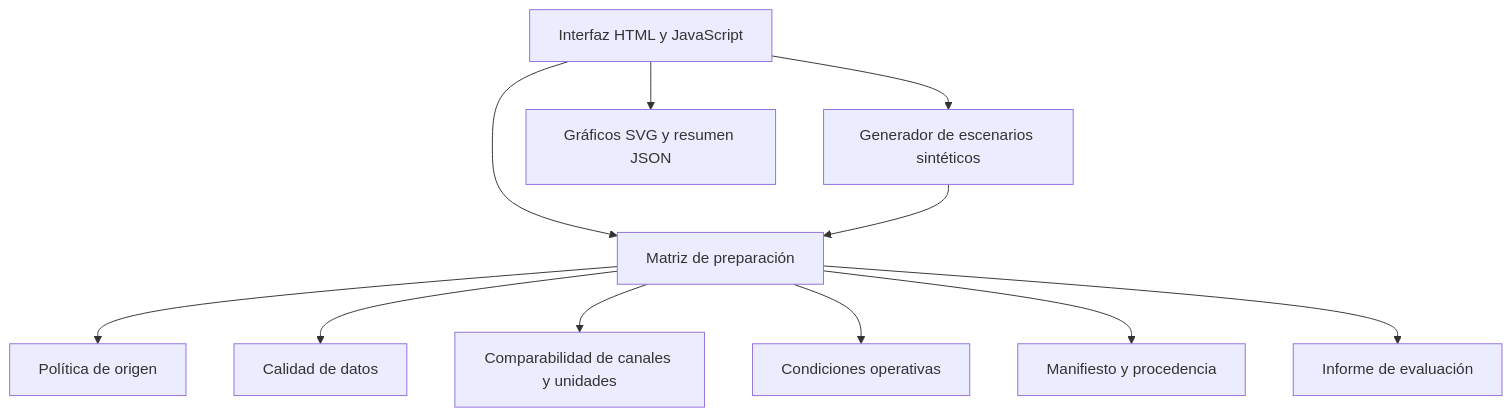
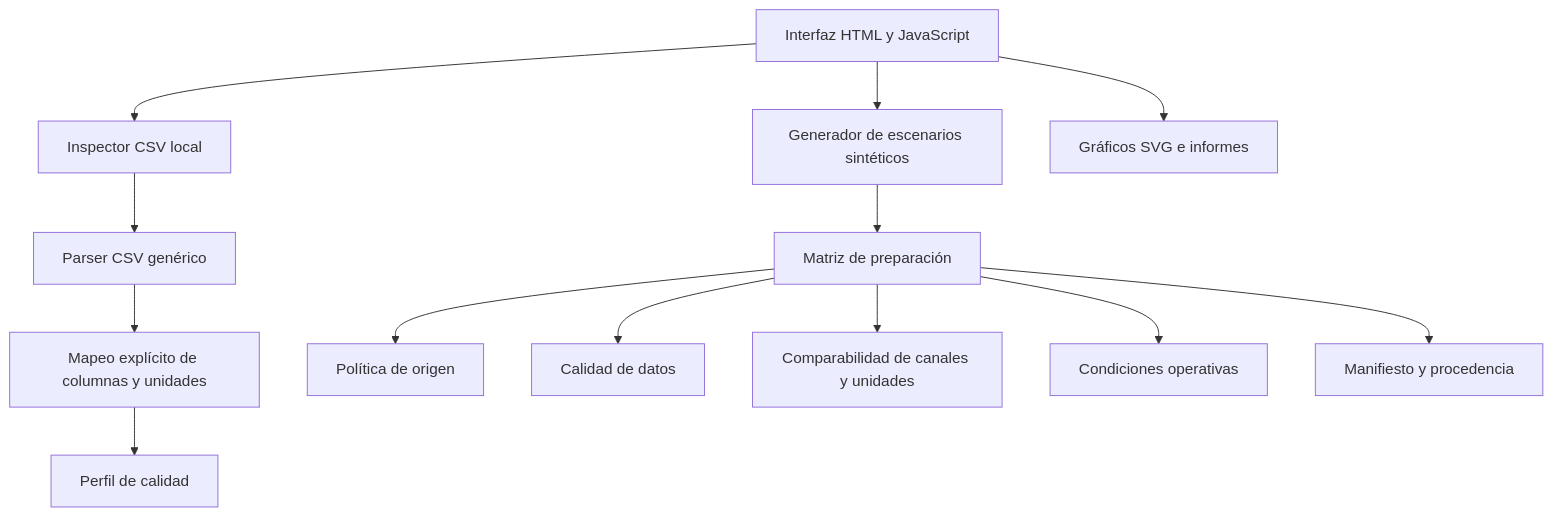
One commit to JavierGrecco/Datalog-Comparison changed the diagram in docs/ARCHITECTURE.md. Above: the diagram before and after it, drawn with Mermaid. The commit also changed other lines of this file and 10 other files, not shown here.

Commit message:
feat: add local CSV inspection workflow

````diff
--- a/docs/ARCHITECTURE.md
+++ b/docs/ARCHITECTURE.md
@@ -9,13 +9,15 @@
 ```mermaid
 flowchart TD
     A[Interfaz HTML y JavaScript] --> B[Generador de escenarios sintéticos]
-    A --> C[Matriz de preparación]
-    B --> C
-    C --> D[Política de origen]
-    C --> E[Calidad de datos]
-    C --> F[Comparabilidad de canales y unidades]
-    C --> G[Condiciones operativas]
-    C --> H[Manifiesto y procedencia]
-    C --> I[Informe de evaluación]
-    A --> J[Gráficos SVG y resumen JSON]
+    A --> C[Inspector CSV local]
+    C --> D[Parser CSV genérico]
+    D --> E[Mapeo explícito de columnas y unidades]
+    E --> F[Perfil de calidad]
+    B --> G[Matriz de preparación]
+    G --> H[Política de origen]
+    G --> I[Calidad de datos]
+    G --> J[Comparabilidad de canales y unidades]
+    G --> K[Condiciones operativas]
+    G --> L[Manifiesto y procedencia]
+    A --> M[Gráficos SVG e informes]
 ```
````
